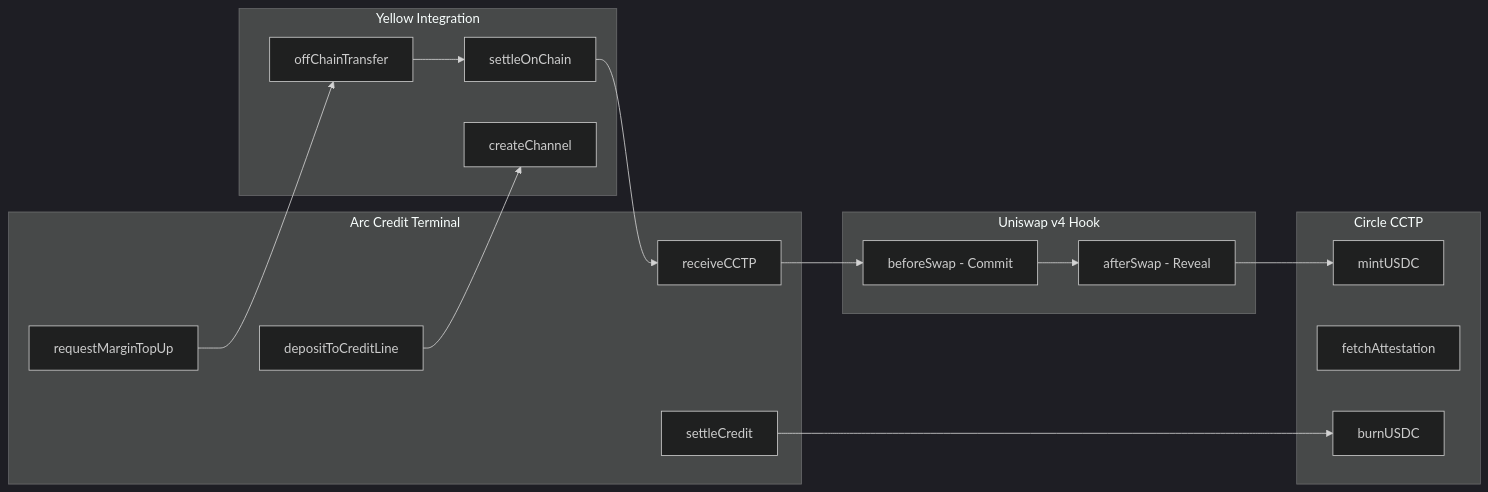
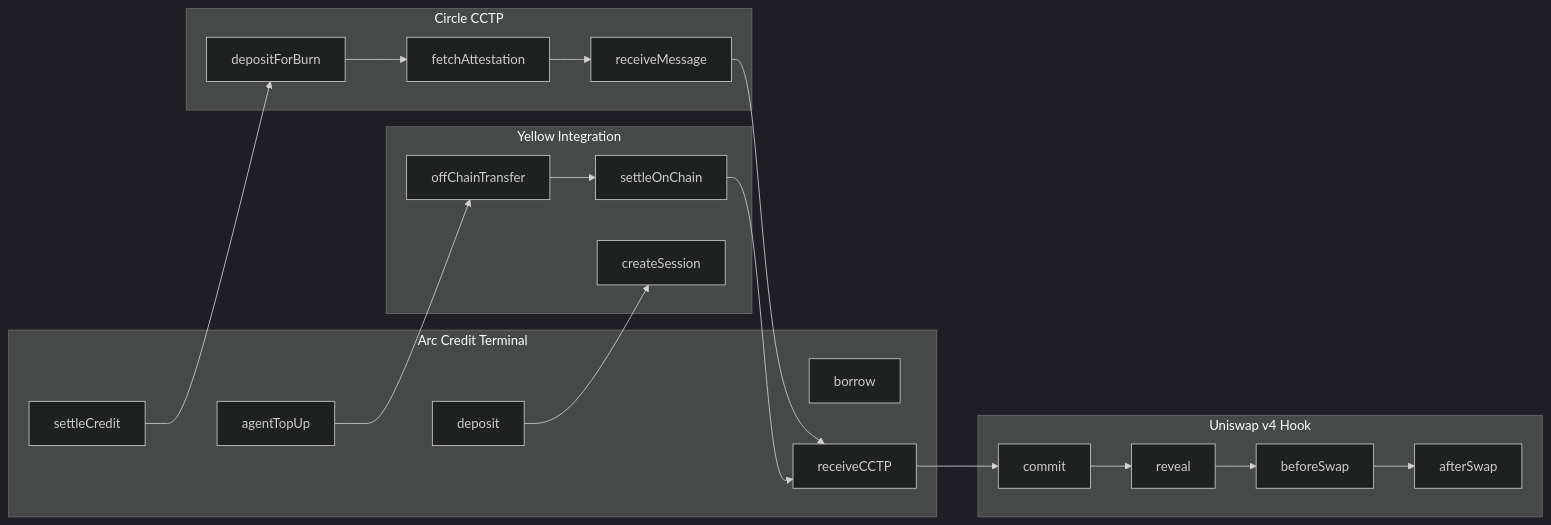
The third of 11 diagrams in ARCHITECTURE.md (N-45div/HackMoney2026), drawn with Mermaid (dark theme) before and after one commit. The commit also changed other lines of this file and 4 other files, not shown here.

First line of the commit message:
docs: Update README and ARCHITECTURE with Mermaid diagrams, remove ENS

````diff
--- a/ARCHITECTURE.md
+++ b/ARCHITECTURE.md
@@ -83,35 +92,42 @@
 ```mermaid
 graph LR
     subgraph "Arc Credit Terminal"
-        A[depositToCreditLine]
-        B[requestMarginTopUp]
-        C[receiveCCTP]
+        A[deposit]
+        B[borrow]
+        C[agentTopUp]
         D[settleCredit]
+        E[receiveCCTP]
     end
 
     subgraph "Yellow Integration"
-        E[createChannel]
-        F[offChainTransfer]
-        G[settleOnChain]
+        F[createSession]
+        G[offChainTransfer]
+        H[settleOnChain]
     end
 
     subgraph "Uniswap v4 Hook"
-        H[beforeSwap - Commit]
-        I[afterSwap - Reveal]
+        I[commit]
+        J[reveal]
+        K[beforeSwap]
+        L[afterSwap]
     end
 
     subgraph "Circle CCTP"
-        J[burnUSDC]
-        K[fetchAttestation]
-        L[mintUSDC]
+        M[depositForBurn]
+        N[fetchAttestation]
+        O[receiveMessage]
     end
 
-    A --> E
-    B --> F
-    F --> G
-    G --> C
-    C --> H
-    H --> I
-    I --> L
-    D --> J
+    A --> F
+    C --> G
+    G --> H
+    H --> E
+    E --> I
+    I --> J
+    J --> K
+    K --> L
+    D --> M
+    M --> N
+    N --> O
+    O --> E
 ```
````
